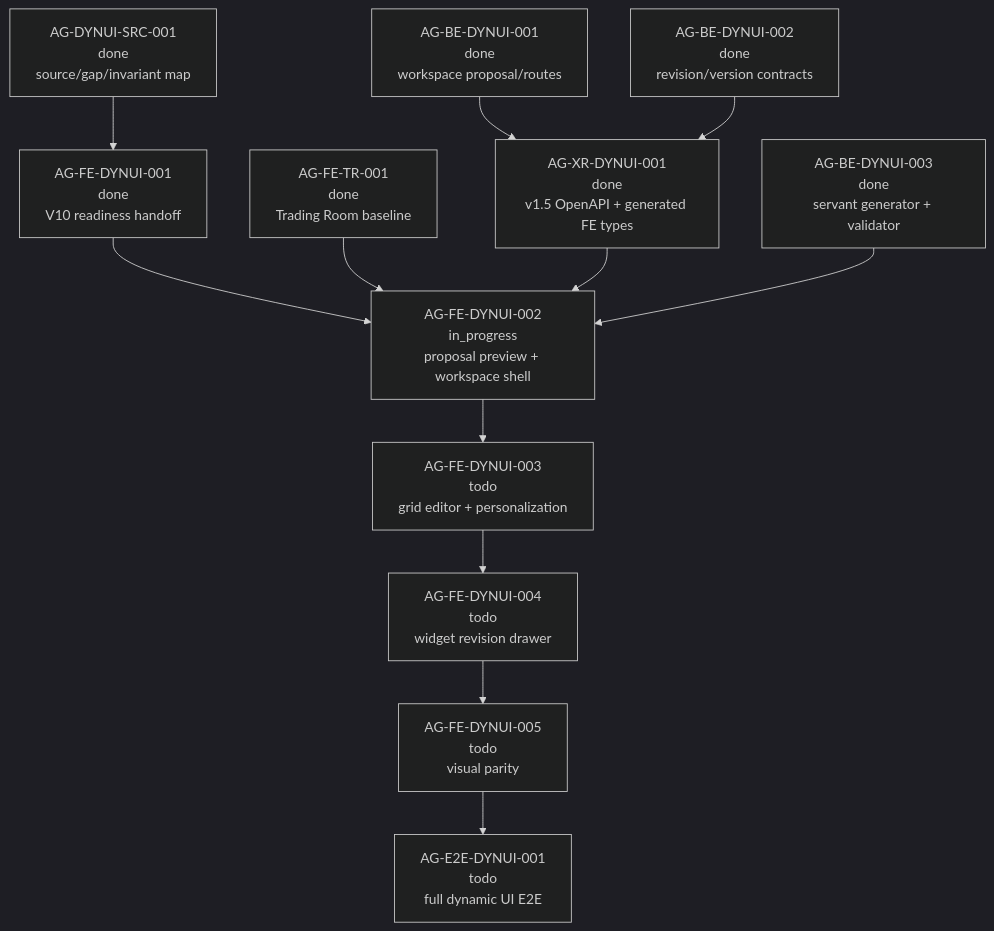
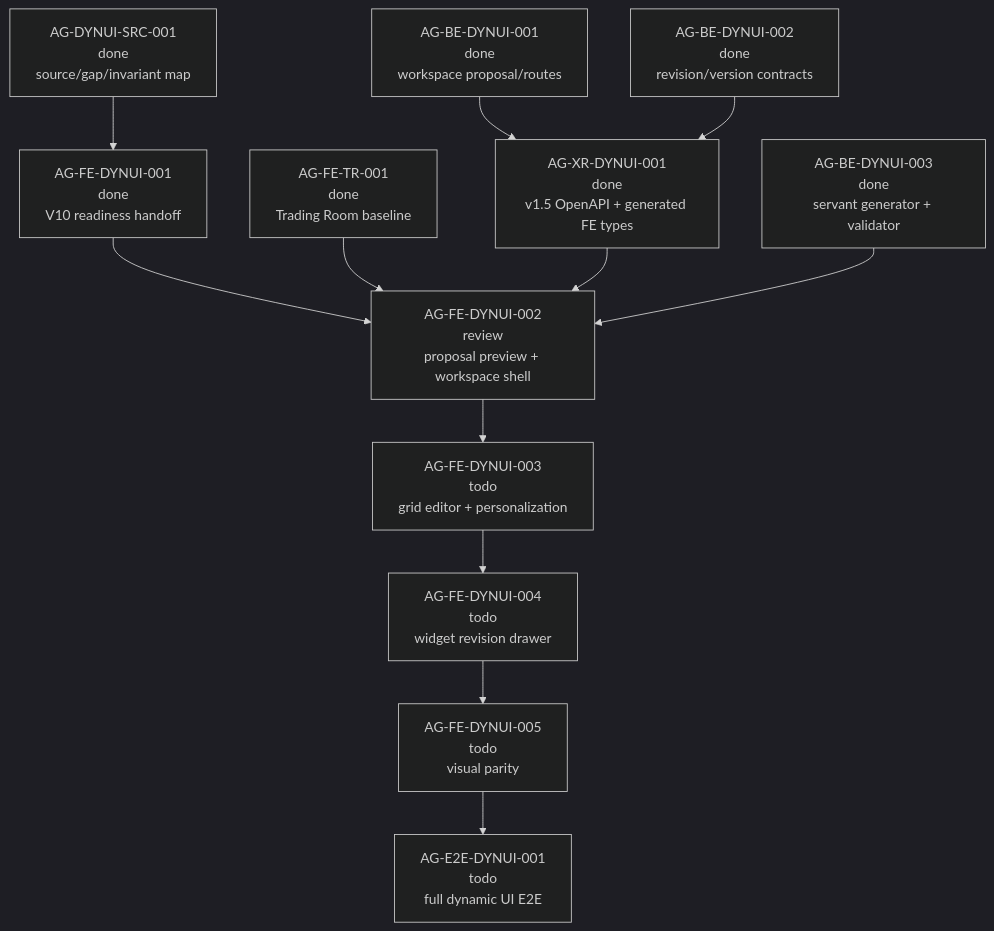
Before and after one commit to ajoe734/pantheon: the diagram in support/sidecars/AG-FE-DYNUI-002/AG-FE-DYNUI-002-SIDECAR-ACCEPTANCE-FOLLOWUP-2.md, drawn with Mermaid (dark theme). The commit also changed other lines of this file and 1 other file, not shown here.

````diff
--- a/support/sidecars/AG-FE-DYNUI-002/AG-FE-DYNUI-002-SIDECAR-ACCEPTANCE-FOLLOWUP-2.md
+++ b/support/sidecars/AG-FE-DYNUI-002/AG-FE-DYNUI-002-SIDECAR-ACCEPTANCE-FOLLOWUP-2.md
@@ -108,17 +112,17 @@
 ```mermaid
 graph TD
     SRC["AG-DYNUI-SRC-001<br/>done<br/>source/gap/invariant map"] --> FE001
     FE001["AG-FE-DYNUI-001<br/>done<br/>V10 readiness handoff"] --> FE002
     FETR["AG-FE-TR-001<br/>done<br/>Trading Room baseline"] --> FE002
 
     BE001["AG-BE-DYNUI-001<br/>done<br/>workspace proposal/routes"] --> XR001
     BE002["AG-BE-DYNUI-002<br/>done<br/>revision/version contracts"] --> XR001
     XR001["AG-XR-DYNUI-001<br/>done<br/>v1.5 OpenAPI + generated FE types"] --> FE002
     BE003["AG-BE-DYNUI-003<br/>done<br/>servant generator + validator"] --> FE002
 
-    FE002["AG-FE-DYNUI-002<br/>in_progress<br/>proposal preview + workspace shell"]
+    FE002["AG-FE-DYNUI-002<br/>review<br/>proposal preview + workspace shell"]
     FE002 --> FE003["AG-FE-DYNUI-003<br/>todo<br/>grid editor + personalization"]
     FE003 --> FE004["AG-FE-DYNUI-004<br/>todo<br/>widget revision drawer"]
     FE004 --> FE005["AG-FE-DYNUI-005<br/>todo<br/>visual parity"]
     FE005 --> E2E["AG-E2E-DYNUI-001<br/>todo<br/>full dynamic UI E2E"]
 ```
````
